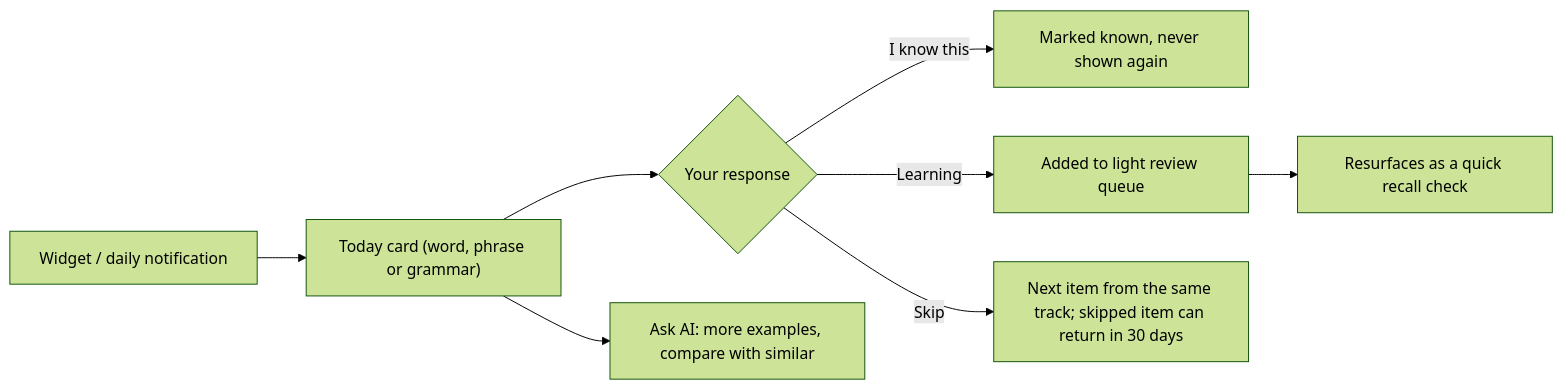
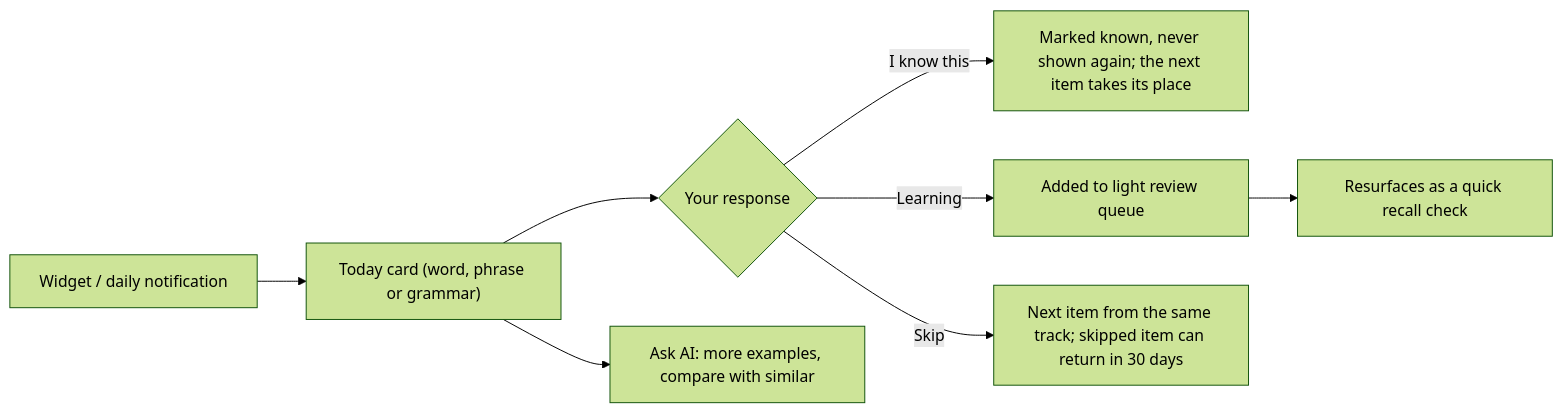
The first of 2 diagrams in docs/design.md (cte13/ohaneo), drawn with Mermaid (forest theme) before and after one commit. The commit also changed other lines of this file and 17 other files, not shown here.

````diff
--- a/docs/design.md
+++ b/docs/design.md
@@ -42,10 +43,10 @@
 ```mermaid
 flowchart LR
     A["Widget / daily notification"] --> B["Today card (word, phrase or grammar)"]
     B --> C{"Your response"}
-    C -->|"I know this"| D["Marked known, never shown again"]
+    C -->|"I know this"| D["Marked known, never shown again; the next item takes its place"]
     C -->|"Learning"| E["Added to light review queue"]
     C -->|"Skip"| F["Next item from the same track; skipped item can return in 30 days"]
     B --> G["Ask AI: more examples, compare with similar"]
     E --> H["Resurfaces as a quick recall check"]
 ```
````
